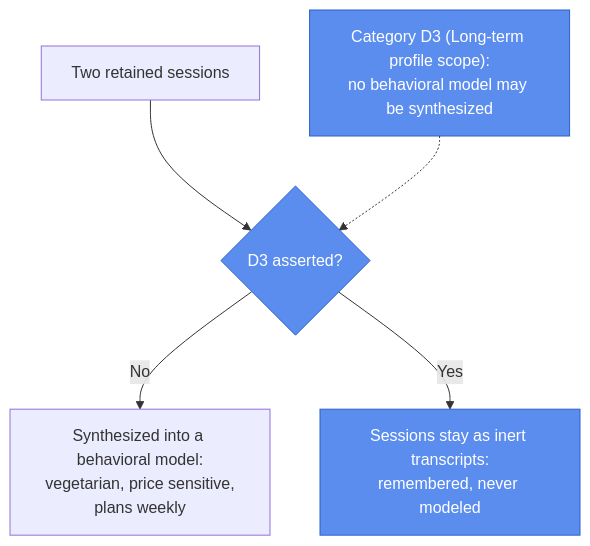
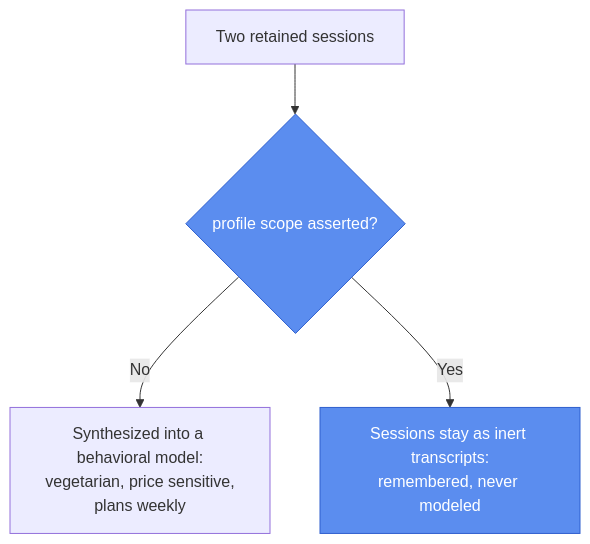
The third of 3 diagrams in prototype-7/README.md (privacy-tech-lab/gpc-ai-agents-prototypes), drawn with Mermaid before and after one commit. The commit also changed other lines of this file and 82 other files, not shown here.

````diff
--- a/prototype-7/README.md
+++ b/prototype-7/README.md
@@ -52,10 +50,9 @@
 ```mermaid
 flowchart TD
-    archive["Two retained sessions"] --> gate3{"D3 asserted?"}
+    archive["Two retained sessions"] --> gate3{"profile scope asserted?"}
     gate3 -- "No" --> model["Synthesized into a behavioral model:<br/>vegetarian, price sensitive,<br/>plans weekly"]
     gate3 -- "Yes" --> inert["Sessions stay as inert transcripts:<br/>remembered, never modeled"]
 
-    classDef category fill:#5b8def,stroke:#2f5fce,color:#fff
-    class gate3,inert category
-    D3cat["Category D3 (Long-term profile scope):<br/>no behavioral model may be synthesized"]:::category -.-> gate3
+    classDef enforced fill:#5b8def,stroke:#2f5fce,color:#fff
+    class gate3,inert enforced
 ```
````
